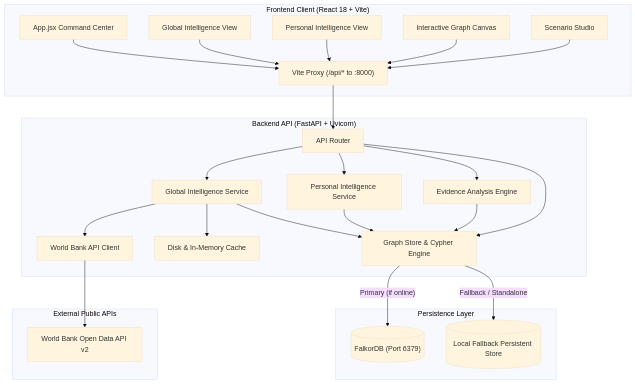
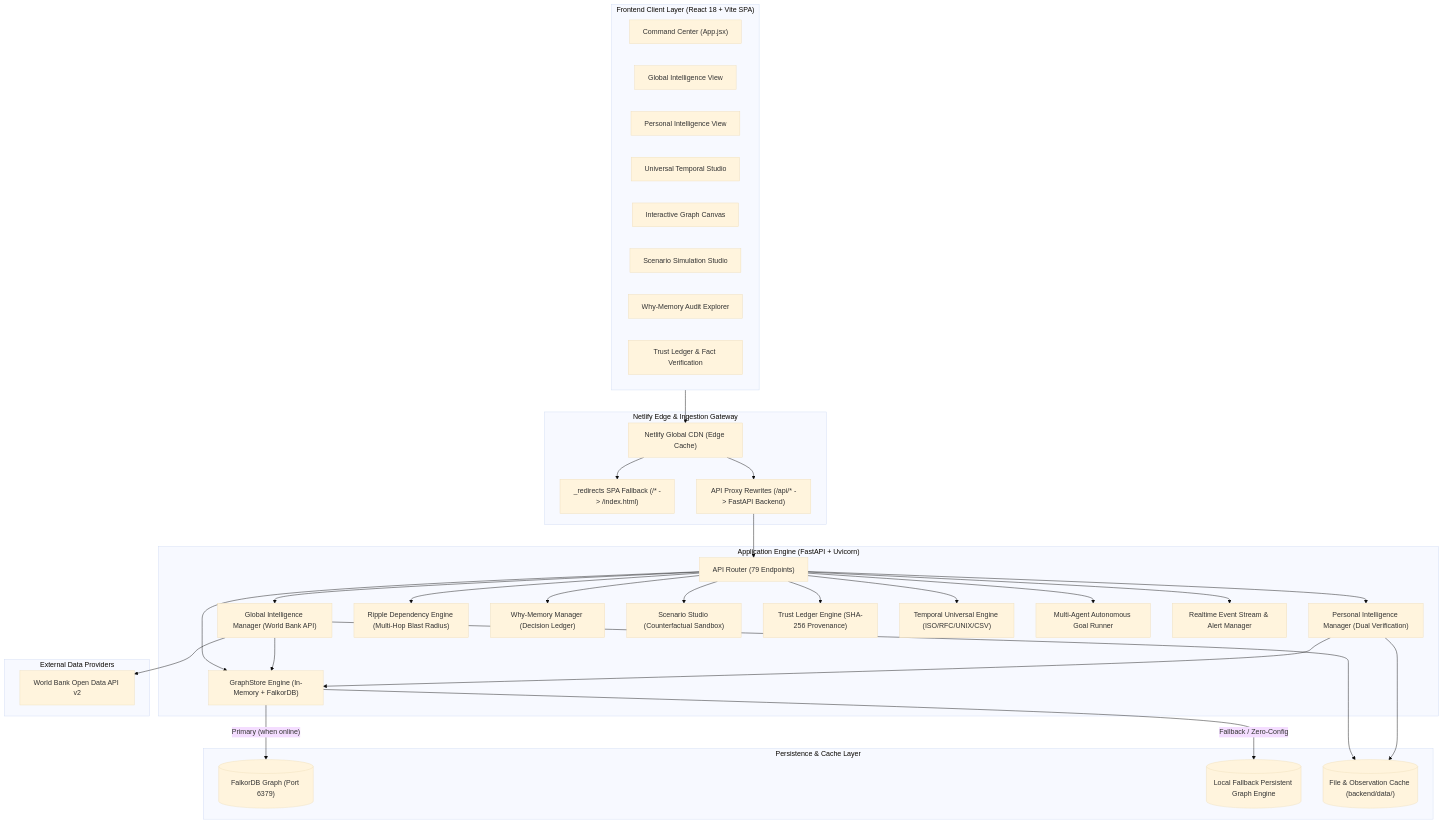
One commit to sonalirai254-lab/GlobalDataMindAI changed the first of 2 diagrams in README.md. Above: the diagram before and after it, drawn with Mermaid (base theme). The commit also changed other lines of this file and 12 other files, not shown here.

Commit message:
feat: add Personal Intelligence profile view and academic verification UI components

````diff
--- a/README.md
+++ b/README.md
@@ -38,53 +50,69 @@
 ```mermaid
 flowchart TB
-    subgraph Frontend ["Frontend Client (React 18 + Vite)"]
-        UI["App.jsx Command Center"]
+    subgraph ClientLayer ["Frontend Client Layer (React 18 + Vite SPA)"]
+        UI["Command Center (App.jsx)"]
         GIView["Global Intelligence View"]
         PIView["Personal Intelligence View"]
+        TempView["Universal Temporal Studio"]
         GraphView["Interactive Graph Canvas"]
-        ScenarioView["Scenario Studio"]
-        Proxy["Vite Proxy (/api/* to :8000)"]
+        ScenView["Scenario Simulation Studio"]
+        WhyView["Why-Memory Audit Explorer"]
+        LedgerView["Trust Ledger & Fact Verification"]
     end
 
-    subgraph Backend ["Backend API (FastAPI + Uvicorn)"]
-        Router["API Router"]
-        GIService["Global Intelligence Service"]
-        PIService["Personal Intelligence Service"]
-        AIService["Evidence Analysis Engine"]
-        GraphEngine["Graph Store & Cypher Engine"]
-        WBClient["World Bank API Client"]
-        Cache["Disk & In-Memory Cache"]
+    subgraph NetlifyEdge ["Netlify Edge & Ingestion Gateway"]
+        NetlifyCDN["Netlify Global CDN (Edge Cache)"]
+        SPA_Route["_redirects SPA Fallback (/* -> /index.html)"]
+        API_Proxy["API Proxy Rewrites (/api/* -> FastAPI Backend)"]
     end
 
-    subgraph Storage ["Persistence Layer"]
-        FalkorDB[("FalkorDB (Port 6379)")]
-        SQLite[("Local Fallback Persistent Store")]
+    subgraph BackendLayer ["Application Engine (FastAPI + Uvicorn)"]
+        Router["API Router (79 Endpoints)"]
+        GIService["Global Intelligence Manager (World Bank API)"]
+        PIService["Personal Intelligence Manager (Dual Verification)"]
+        GraphStore["GraphStore Engine (In-Memory + FalkorDB)"]
+        Ripple["Ripple Dependency Engine (Multi-Hop Blast Radius)"]
+        WhyMem["Why-Memory Manager (Decision Ledger)"]
+        Scenario["Scenario Studio (Counterfactual Sandbox)"]
+        TrustLedger["Trust Ledger Engine (SHA-256 Provenance)"]
+        TemporalEng["Temporal Universal Engine (ISO/RFC/UNIX/CSV)"]
+        Agents["Multi-Agent Autonomous Goal Runner"]
+        Events["Realtime Event Stream & Alert Manager"]
     end
 
-    subgraph External ["External Public APIs"]
+    subgraph StorageLayer ["Persistence & Cache Layer"]
+        FalkorDB[("FalkorDB Graph (Port 6379)")]
+        LocalStore[("Local Fallback Persistent Graph Engine")]
+        DiskCache[("File & Observation Cache (backend/data/)")]
+    end
+
+    subgraph ExternalSources ["External Data Providers"]
         WorldBank["World Bank Open Data API v2"]
     end
 
-    UI --> Proxy
-    GIView --> Proxy
-    PIView --> Proxy
-    GraphView --> Proxy
-    ScenarioView --> Proxy
-    Proxy --> Router
+    ClientLayer --> NetlifyCDN
+    NetlifyCDN --> SPA_Route
+    NetlifyCDN --> API_Proxy
+    API_Proxy --> Router
 
     Router --> GIService
     Router --> PIService
-    Router --> AIService
-    Router --> GraphEngine
+    Router --> GraphStore
+    Router --> Ripple
+    Router --> WhyMem
+    Router --> Scenario
+    Router --> TrustLedger
+    Router --> TemporalEng
+    Router --> Agents
+    Router --> Events
 
-    GIService --> WBClient
-    WBClient --> WorldBank
-    GIService --> Cache
-    GIService --> GraphEngine
+    GIService --> WorldBank
+    GIService --> DiskCache
+    GIService --> GraphStore
 
-    PIService --> GraphEngine
-    AIService --> GraphEngine
+    PIService --> GraphStore
+    PIService --> DiskCache
 
-    GraphEngine -->|"Primary (if online)"| FalkorDB
-    GraphEngine -->|"Fallback / Standalone"| SQLite
+    GraphStore -->|"Primary (when online)"| FalkorDB
+    GraphStore -->|"Fallback / Zero-Config"| LocalStore
 ```
````
